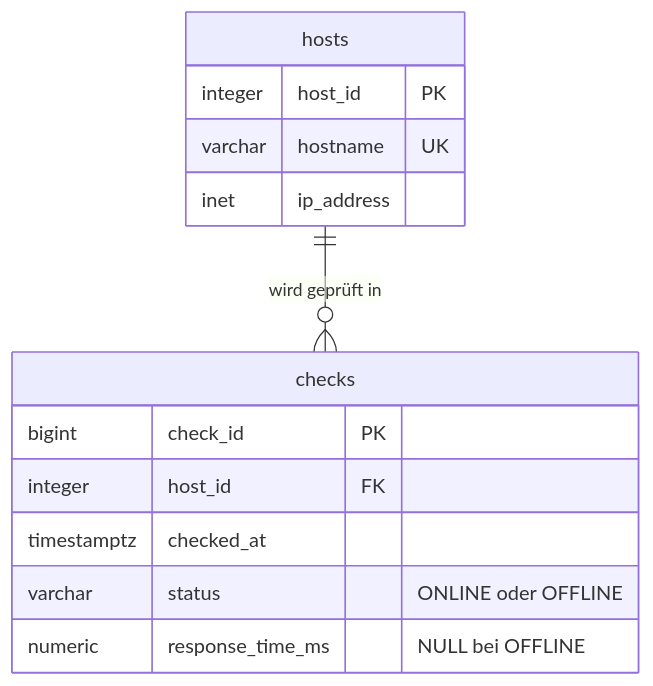
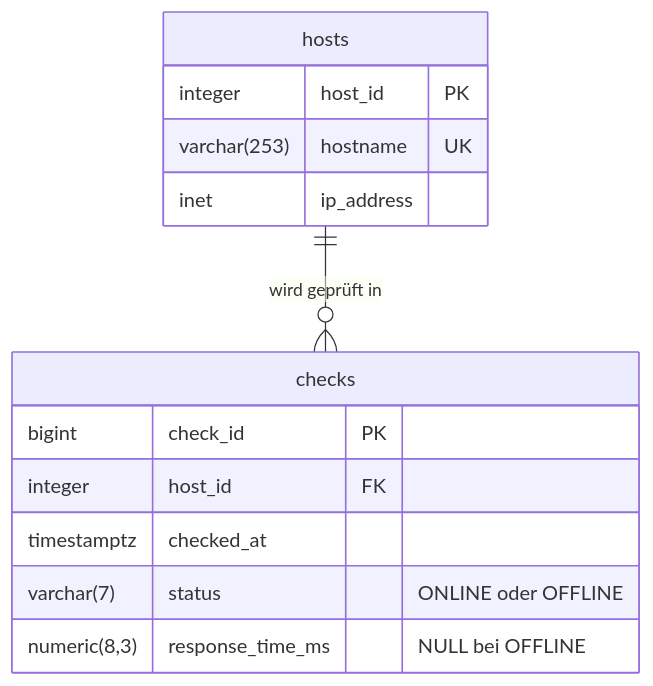
Before and after one commit to anguishhh/LeeroyJenkinsPipeline: the second of 2 diagrams in README.md, drawn with Mermaid. The commit also changed other lines of this file and 7 other files, not shown here.

First line of the commit message:
Dokumentation: Diagramme als Mermaid, Abgleich mit dem laufenden System

````diff
--- a/README.md
+++ b/README.md
@@ -48,16 +48,16 @@
 ```mermaid
 erDiagram
     hosts ||--o{ checks : "wird geprüft in"
     hosts {
         integer host_id PK
-        varchar hostname UK
+        varchar(253) hostname UK
         inet ip_address
     }
     checks {
         bigint check_id PK
         integer host_id FK
         timestamptz checked_at
-        varchar status "ONLINE oder OFFLINE"
-        numeric response_time_ms "NULL bei OFFLINE"
+        varchar(7) status "ONLINE oder OFFLINE"
+        numeric(8,3) response_time_ms "NULL bei OFFLINE"
     }
 ```
````
